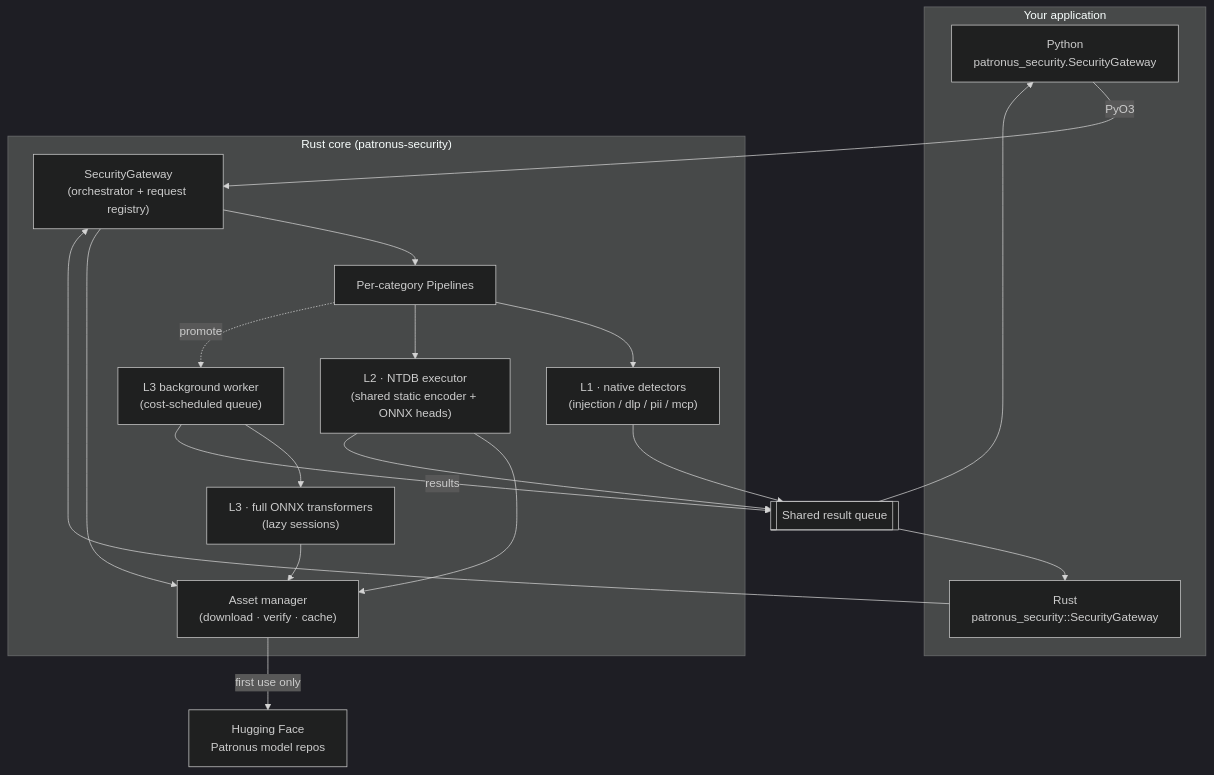
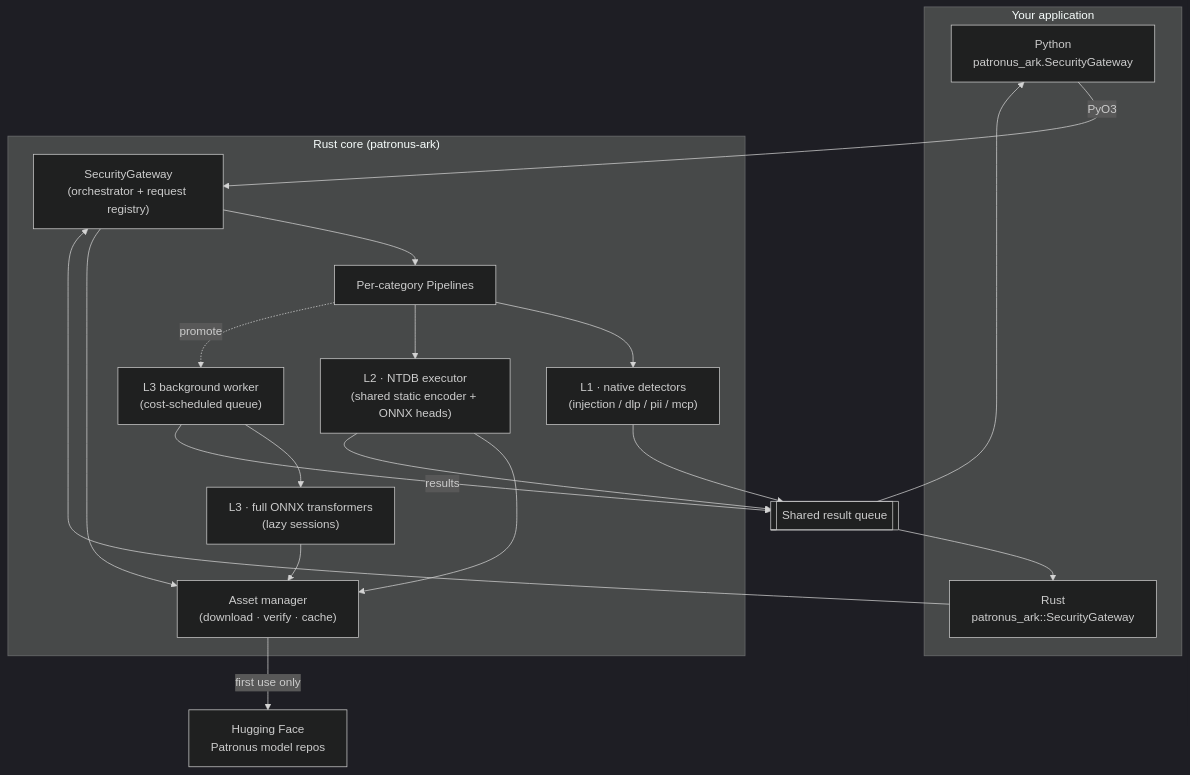
Before and after one commit to patronus-protect/patronus-security: the first of 2 diagrams in docs/concepts/architecture.md, drawn with Mermaid (dark theme). The commit also changed 86 other files, not shown here.

````diff
--- a/docs/concepts/architecture.md
+++ b/docs/concepts/architecture.md
@@ -13,29 +13,29 @@
 ```mermaid
 flowchart TB
     subgraph client["Your application"]
-        Py["Python<br/>patronus_security.SecurityGateway"]
-        Rs["Rust<br/>patronus_security::SecurityGateway"]
+        Py["Python<br/>patronus_ark.SecurityGateway"]
+        Rs["Rust<br/>patronus_ark::SecurityGateway"]
     end
 
     Py -->|PyO3| GW
     Rs --> GW
 
-    subgraph core["Rust core (patronus-security)"]
+    subgraph core["Rust core (patronus-ark)"]
         GW["SecurityGateway<br/>(orchestrator + request registry)"]
         GW --> PIPE["Per-category Pipelines"]
         PIPE --> L1["L1 · native detectors<br/>(injection / dlp / pii / mcp)"]
         PIPE --> L2["L2 · NTDB executor<br/>(shared static encoder + ONNX heads)"]
         PIPE -.promote.-> WORKER["L3 background worker<br/>(cost-scheduled queue)"]
         WORKER --> L3["L3 · full ONNX transformers<br/>(lazy sessions)"]
         GW --> ASSETS["Asset manager<br/>(download · verify · cache)"]
         L2 --> ASSETS
         L3 --> ASSETS
     end
 
     ASSETS -->|first use only| HF["Hugging Face<br/>Patronus model repos"]
     WORKER -->|results| QUEUE[["Shared result queue"]]
     L1 --> QUEUE
     L2 --> QUEUE
     QUEUE --> Py
     QUEUE --> Rs
 ```
````
